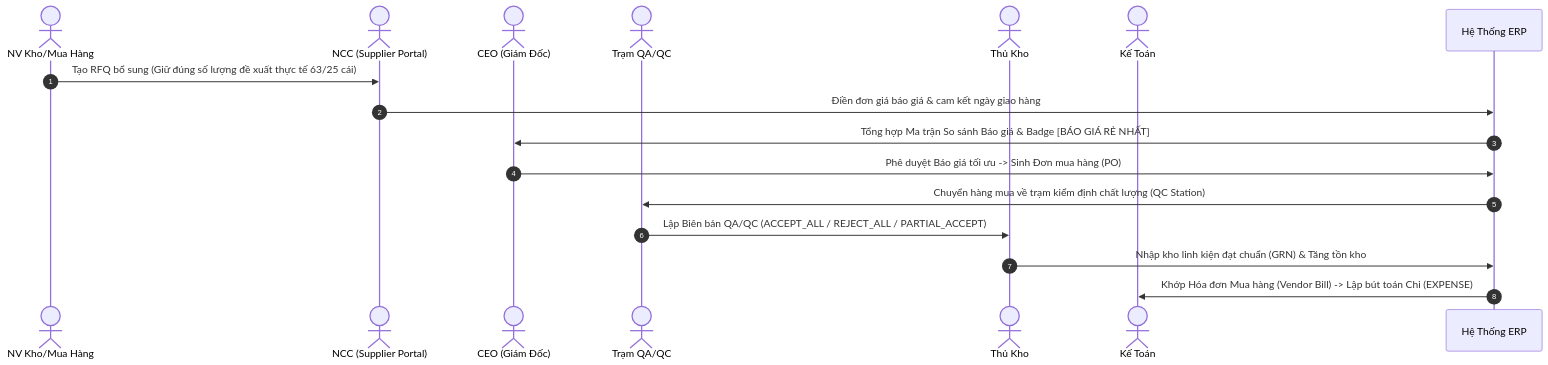
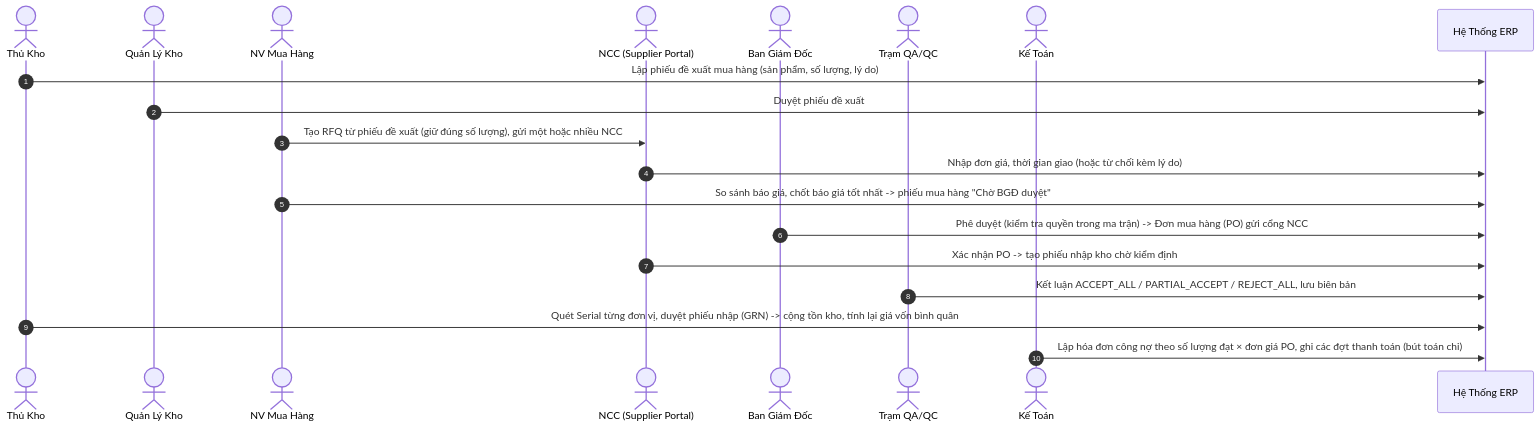
Before and after one commit to hoangmkid12/ERP_AetherPC: the second of 3 diagrams in README.md, drawn with Mermaid. The commit also changed other lines of this file, not shown here.

First line of the commit message:
docs(readme): cap nhat README theo ma nguon va bao cao hien tai

````diff
--- a/README.md
+++ b/README.md
@@ -145,19 +153,22 @@
 ```mermaid
 sequenceDiagram
     autonumber
-    actor NV Kho/Mua Hàng
+    actor Thủ Kho
+    actor Quản Lý Kho
+    actor NV Mua Hàng
     actor NCC (Supplier Portal)
-    actor CEO (Giám Đốc)
+    actor Ban Giám Đốc
     actor Trạm QA/QC
-    actor Thủ Kho
     actor Kế Toán
 
-    NV Kho/Mua Hàng->>NCC (Supplier Portal): Tạo RFQ bổ sung (Giữ đúng số lượng đề xuất thực tế 63/25 cái)
-    NCC (Supplier Portal)->>Hệ Thống ERP: Điền đơn giá báo giá & cam kết ngày giao hàng
-    Hệ Thống ERP->>CEO (Giám Đốc): Tổng hợp Ma trận So sánh Báo giá & Badge [BÁO GIÁ RẺ NHẤT]
-    CEO (Giám Đốc)->>Hệ Thống ERP: Phê duyệt Báo giá tối ưu -> Sinh Đơn mua hàng (PO)
-    Hệ Thống ERP->>Trạm QA/QC: Chuyển hàng mua về trạm kiểm định chất lượng (QC Station)
-    Trạm QA/QC->>Thủ Kho: Lập Biên bản QA/QC (ACCEPT_ALL / REJECT_ALL / PARTIAL_ACCEPT)
-    Thủ Kho->>Hệ Thống ERP: Nhập kho linh kiện đạt chuẩn (GRN) & Tăng tồn kho
-    Hệ Thống ERP->>Kế Toán: Khớp Hóa đơn Mua hàng (Vendor Bill) -> Lập bút toán Chi (EXPENSE)
+    Thủ Kho->>Hệ Thống ERP: Lập phiếu đề xuất mua hàng (sản phẩm, số lượng, lý do)
+    Quản Lý Kho->>Hệ Thống ERP: Duyệt phiếu đề xuất
+    NV Mua Hàng->>NCC (Supplier Portal): Tạo RFQ từ phiếu đề xuất (giữ đúng số lượng), gửi một hoặc nhiều NCC
+    NCC (Supplier Portal)->>Hệ Thống ERP: Nhập đơn giá, thời gian giao (hoặc từ chối kèm lý do)
+    NV Mua Hàng->>Hệ Thống ERP: So sánh báo giá, chốt báo giá tốt nhất -> phiếu mua hàng "Chờ BGĐ duyệt"
+    Ban Giám Đốc->>Hệ Thống ERP: Phê duyệt (kiểm tra quyền trong ma trận) -> Đơn mua hàng (PO) gửi cổng NCC
+    NCC (Supplier Portal)->>Hệ Thống ERP: Xác nhận PO -> tạo phiếu nhập kho chờ kiểm định
+    Trạm QA/QC->>Hệ Thống ERP: Kết luận ACCEPT_ALL / PARTIAL_ACCEPT / REJECT_ALL, lưu biên bản
+    Thủ Kho->>Hệ Thống ERP: Quét Serial từng đơn vị, duyệt phiếu nhập (GRN) -> cộng tồn kho, tính lại giá vốn bình quân
+    Kế Toán->>Hệ Thống ERP: Lập hóa đơn công nợ theo số lượng đạt × đơn giá PO, ghi các đợt thanh toán (bút toán chi)
 ```
````
